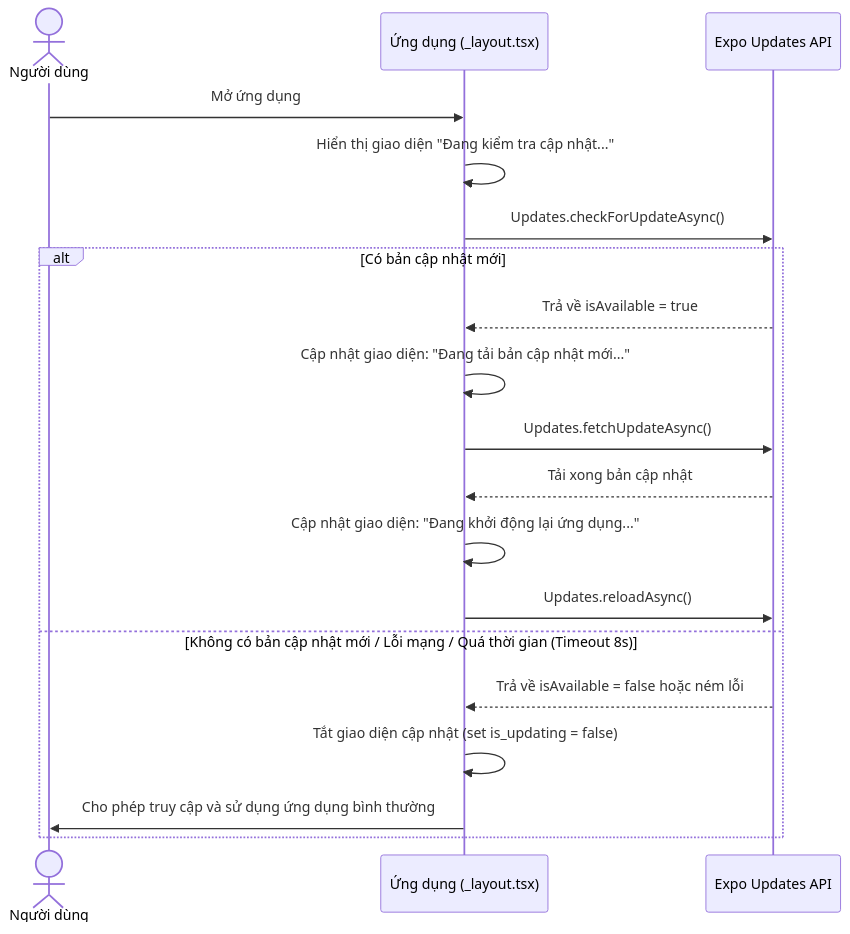
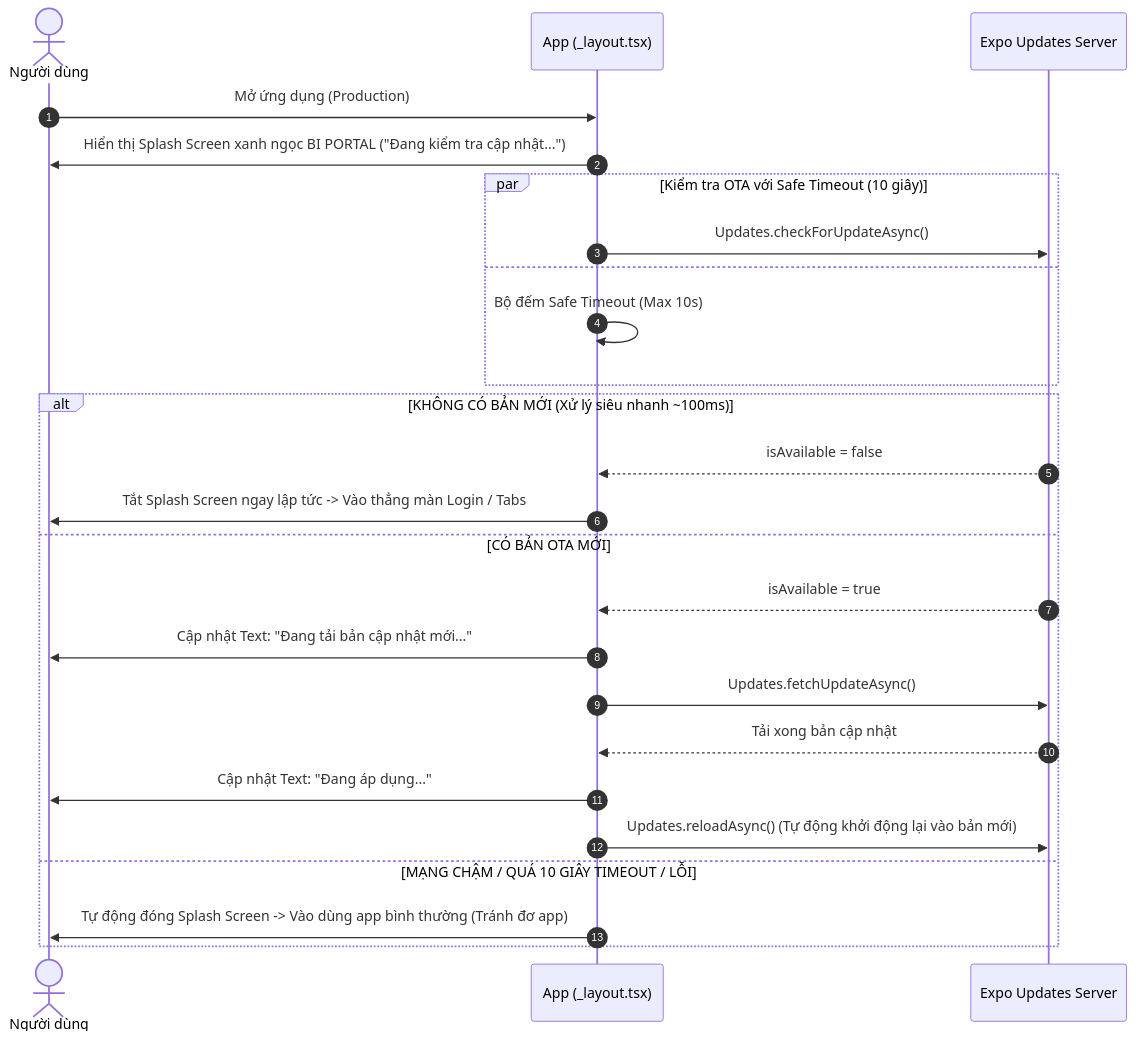
One commit to duyvanda/fontendapp changed the first of 3 diagrams in nextmd/implementation_OTA.md. Above: the diagram before and after it, drawn with Mermaid. The commit also changed other lines of this file and 4 other files, not shown here.

````diff
--- a/nextmd/implementation_OTA.md
+++ b/nextmd/implementation_OTA.md
@@ -9,23 +11,30 @@
 ```mermaid
 sequenceDiagram
+    autonumber
     actor User as Người dùng
-    participant App as Ứng dụng (_layout.tsx)
-    participant Expo as Expo Updates API
+    participant App as App (_layout.tsx)
+    participant ExpoUpdates as Expo Updates Server
 
-    User->>App: Mở ứng dụng
-    App->>App: Hiển thị giao diện "Đang kiểm tra cập nhật..."
-    App->>Expo: Updates.checkForUpdateAsync()
+    User->>App: Mở ứng dụng (Production)
+    App->>User: Hiển thị Splash Screen xanh ngọc BI PORTAL ("Đang kiểm tra cập nhật...")
     
-    alt Có bản cập nhật mới
-        Expo-->>App: Trả về isAvailable = true
-        App->>App: Cập nhật giao diện: "Đang tải bản cập nhật mới..."
-        App->>Expo: Updates.fetchUpdateAsync()
-        Expo-->>App: Tải xong bản cập nhật
-        App->>App: Cập nhật giao diện: "Đang khởi động lại ứng dụng..."
-        App->>Expo: Updates.reloadAsync()
-    else Không có bản cập nhật mới / Lỗi mạng / Quá thời gian (Timeout 8s)
-        Expo-->>App: Trả về isAvailable = false hoặc ném lỗi
-        App->>App: Tắt giao diện cập nhật (set is_updating = false)
-        App->>User: Cho phép truy cập và sử dụng ứng dụng bình thường
+    par Kiểm tra OTA với Safe Timeout (10 giây)
+        App->>ExpoUpdates: Updates.checkForUpdateAsync()
+    and
+        App->>App: Bộ đếm Safe Timeout (Max 10s)
+    end
+
+    alt KHÔNG CÓ BẢN MỚI (Xử lý siêu nhanh ~100ms)
+        ExpoUpdates-->>App: isAvailable = false
+        App->>User: Tắt Splash Screen ngay lập tức -> Vào thẳng màn Login / Tabs
+    else CÓ BẢN OTA MỚI
+        ExpoUpdates-->>App: isAvailable = true
+        App->>User: Cập nhật Text: "Đang tải bản cập nhật mới..."
+        App->>ExpoUpdates: Updates.fetchUpdateAsync()
+        ExpoUpdates-->>App: Tải xong bản cập nhật
+        App->>User: Cập nhật Text: "Đang áp dụng..."
+        App->>ExpoUpdates: Updates.reloadAsync() (Tự động khởi động lại vào bản mới)
+    else MẠNG CHẬM / QUÁ 10 GIÂY TIMEOUT / LỖI
+        App->>User: Tự động đóng Splash Screen -> Vào dùng app bình thường (Tránh đơ app)
     end
 ```
````
